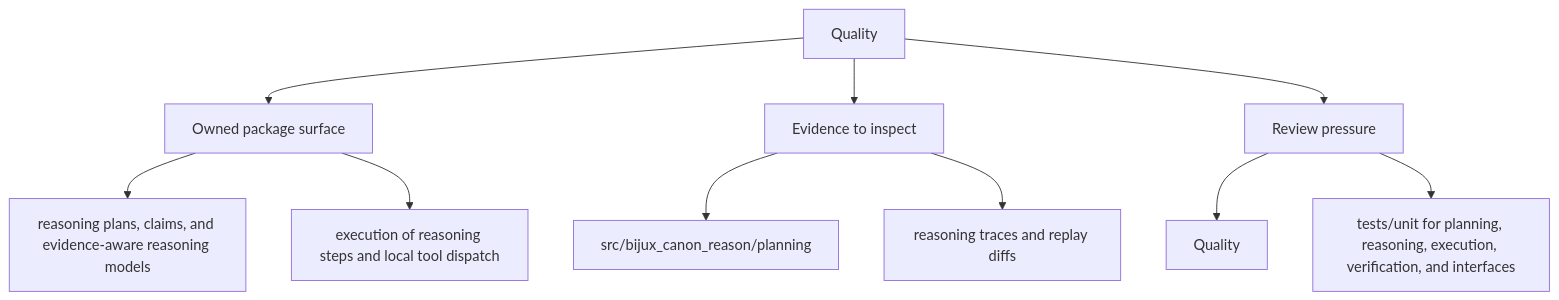
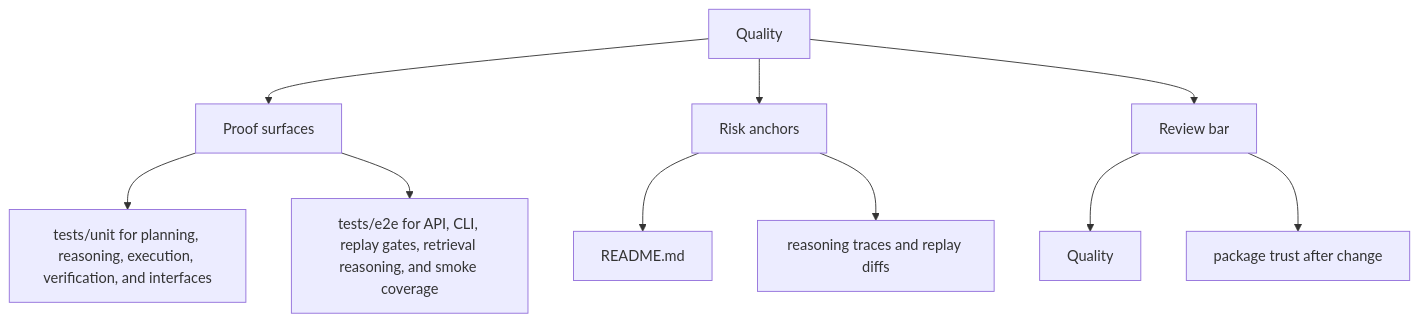
One commit to bijux/bijux-canon changed the second of 2 diagrams in docs/bijux-canon-reason/quality/index.md. Above: the diagram before and after it, drawn with Mermaid. The commit also changed other lines of this file and 250 other files, not shown here.

Commit message:
docs(diagrams): make product page maps more readable

````diff
--- a/docs/bijux-canon-reason/quality/index.md
+++ b/docs/bijux-canon-reason/quality/index.md
@@ -32,22 +32,22 @@
 ```mermaid
 flowchart TD
     page["Quality"]
-    focus1["Owned package surface"]
+    focus1["Proof surfaces"]
     page --> focus1
-    focus1_1["reasoning plans, claims, and evidence-aware reasoning models"]
+    focus1_1["tests/unit for planning, reasoning, execution, verification, and interfaces"]
     focus1 --> focus1_1
-    focus1_2["execution of reasoning steps and local tool dispatch"]
+    focus1_2["tests/e2e for API, CLI, replay gates, retrieval reasoning, and smoke coverage"]
     focus1 --> focus1_2
-    focus2["Evidence to inspect"]
+    focus2["Risk anchors"]
     page --> focus2
-    focus2_1["src/bijux_canon_reason/planning"]
+    focus2_1["README.md"]
     focus2 --> focus2_1
     focus2_2["reasoning traces and replay diffs"]
     focus2 --> focus2_2
-    focus3["Review pressure"]
+    focus3["Review bar"]
     page --> focus3
     focus3_1["Quality"]
     focus3 --> focus3_1
-    focus3_2["tests/unit for planning, reasoning, execution, verification, and interfaces"]
+    focus3_2["package trust after change"]
     focus3 --> focus3_2
 ```
````
